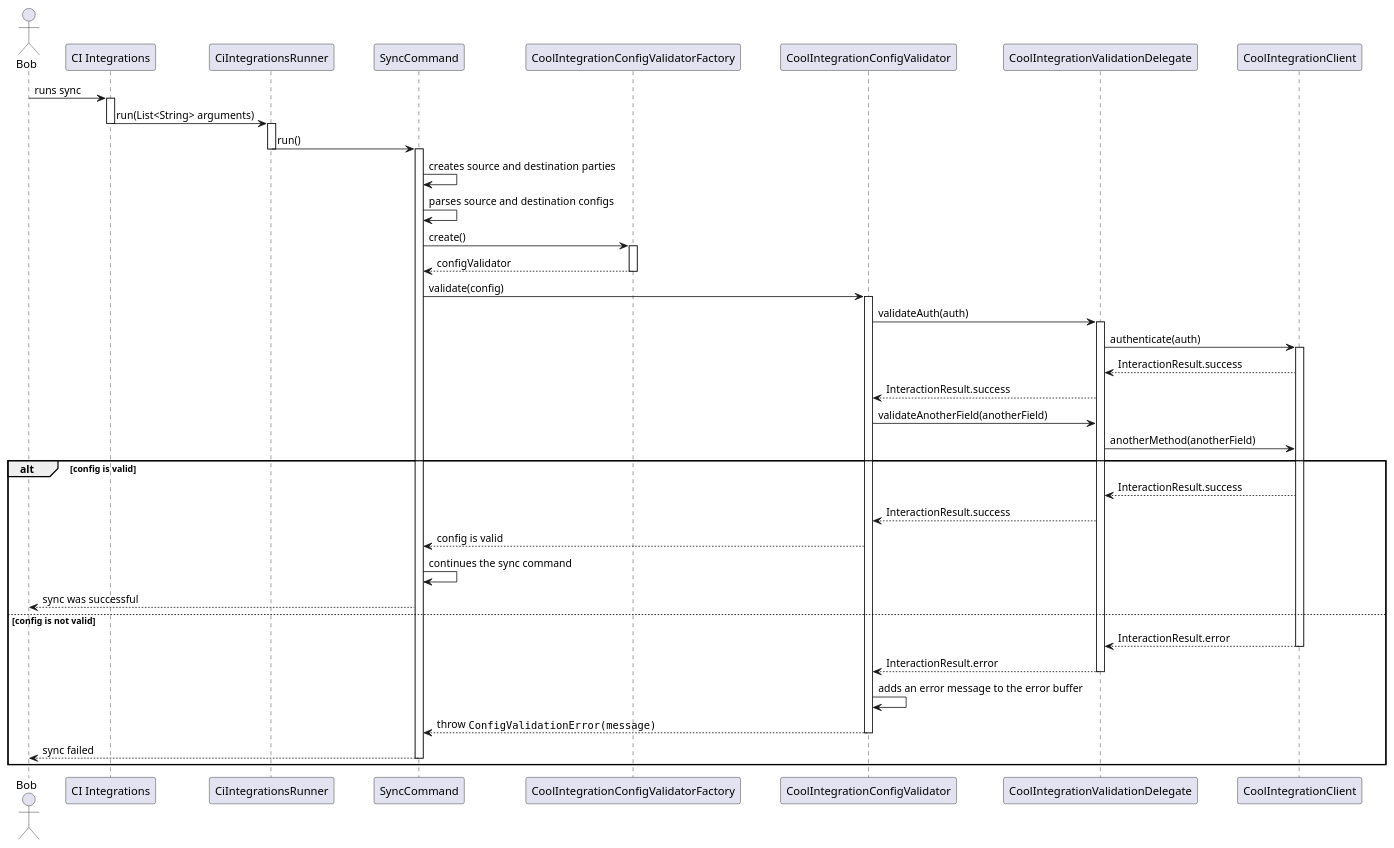
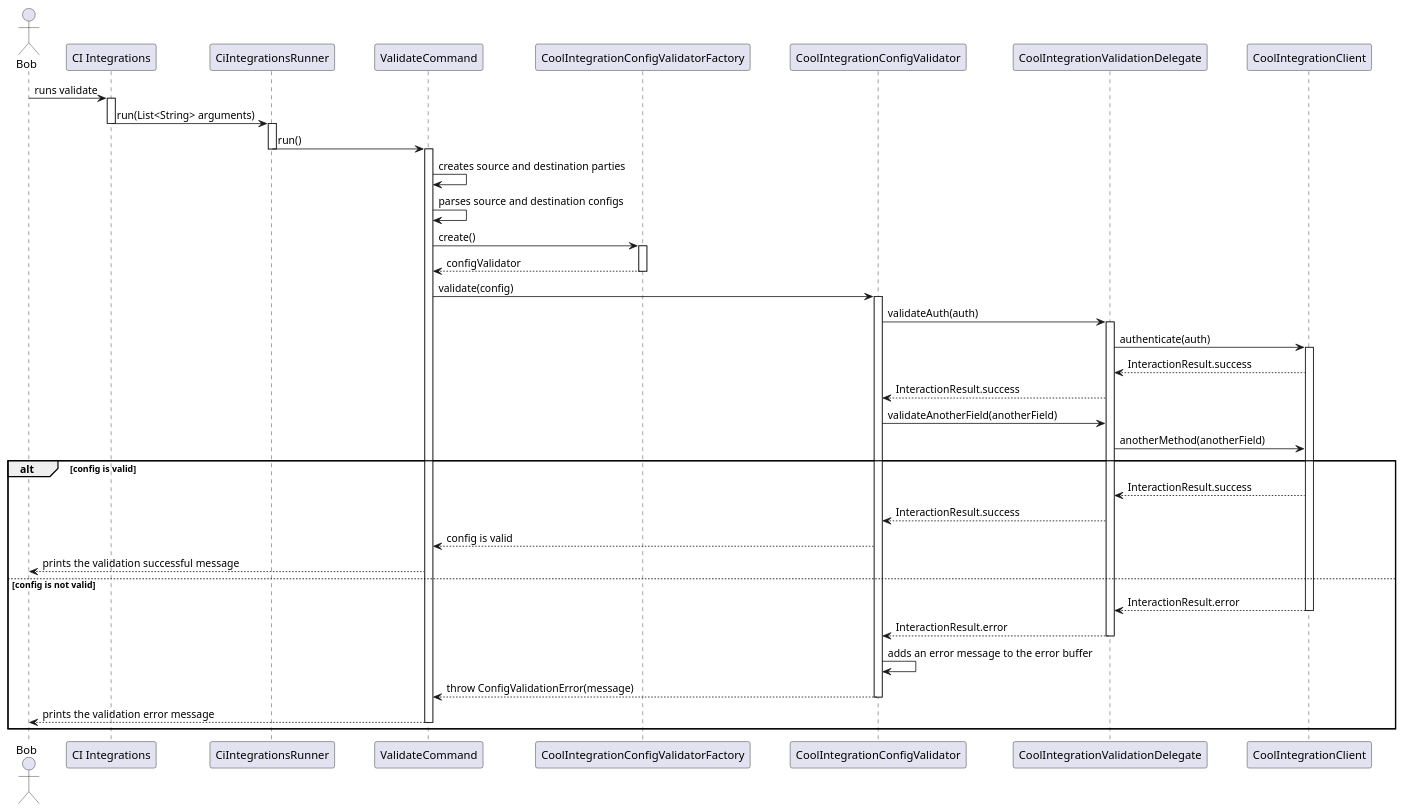
One commit to Flank/flank-dashboard changed the diagram in metrics/ci_integrations/docs/diagrams/ci_integrations_config_validator_sequence_diagram.puml. Above: the diagram before and after it, drawn with PlantUML. The commit also changed 2 other files, not shown here.

Commit message:
docs: Update Ci integrations config validator doc with `validate` command (#1047)
* [WIP] Update documentation for validate command

* Fix typos

* Improve documentation

* Fix typo

* Update class diagram

* Update link

* Update layout

* Minor improvements

* Update diagram. Improve documentation

* Minor fixes

* Update diagram

* Change links to master

```diff
--- a/metrics/ci_integrations/docs/diagrams/ci_integrations_config_validator_sequence_diagram.puml
+++ b/metrics/ci_integrations/docs/diagrams/ci_integrations_config_validator_sequence_diagram.puml
@@ -1,78 +1,77 @@
 @startuml ci_integrations_config_validator_sequence_diagram
 
 skinparam ParticipantPadding 20
 skinparam BoxPadding 10
 
 actor Bob
 
 participant "CI Integrations"
 participant CiIntegrationsRunner
-participant SyncCommand
+participant ValidateCommand
 participant CoolIntegrationConfigValidatorFactory
 participant CoolIntegrationConfigValidator
 participant CoolIntegrationValidationDelegate
 participant CoolIntegrationClient
 
-Bob -> "CI Integrations" : runs sync
+Bob -> "CI Integrations" : runs validate
 activate "CI Integrations"
 
 "CI Integrations" -> CiIntegrationsRunner: run(List<String> arguments)
 deactivate "CI Integrations"
 activate CiIntegrationsRunner
 
-CiIntegrationsRunner -> SyncCommand: run()
+CiIntegrationsRunner -> ValidateCommand: run()
 deactivate CiIntegrationsRunner
-activate SyncCommand
+activate ValidateCommand
 
-SyncCommand -> SyncCommand : creates source and destination parties
-SyncCommand -> SyncCommand : parses source and destination configs
+ValidateCommand -> ValidateCommand : creates source and destination parties
+ValidateCommand -> ValidateCommand : parses source and destination configs
 
-SyncCommand -> CoolIntegrationConfigValidatorFactory : create()
+ValidateCommand -> CoolIntegrationConfigValidatorFactory : create()
 activate CoolIntegrationConfigValidatorFactory
 
-CoolIntegrationConfigValidatorFactory --> SyncCommand : configValidator
+CoolIntegrationConfigValidatorFactory --> ValidateCommand : configValidator
 deactivate CoolIntegrationConfigValidatorFactory
 
-SyncCommand -> CoolIntegrationConfigValidator : validate(config)
+ValidateCommand -> CoolIntegrationConfigValidator : validate(config)
 activate CoolIntegrationConfigValidator
 
 CoolIntegrationConfigValidator -> CoolIntegrationValidationDelegate : validateAuth(auth)
 activate CoolIntegrationValidationDelegate
 
 CoolIntegrationValidationDelegate -> CoolIntegrationClient : authenticate(auth)
 activate  CoolIntegrationClient
 
 CoolIntegrationClient --> CoolIntegrationValidationDelegate : InteractionResult.success
 CoolIntegrationValidationDelegate --> CoolIntegrationConfigValidator : InteractionResult.success
 
 CoolIntegrationConfigValidator -> CoolIntegrationValidationDelegate : validateAnotherField(anotherField)
 CoolIntegrationValidationDelegate -> CoolIntegrationClient : anotherMethod(anotherField)
 
 alt config is valid
 
     CoolIntegrationClient --> CoolIntegrationValidationDelegate : InteractionResult.success
     CoolIntegrationValidationDelegate --> CoolIntegrationConfigValidator : InteractionResult.success
 
-    CoolIntegrationConfigValidator --> SyncCommand : config is valid
-    SyncCommand -> SyncCommand : continues the sync command
-    SyncCommand --> Bob : sync was successful
+    CoolIntegrationConfigValidator --> ValidateCommand : config is valid
+    ValidateCommand --> Bob : prints the validation successful message
 
 else config is not valid
 
     CoolIntegrationClient --> CoolIntegrationValidationDelegate : InteractionResult.error
     deactivate CoolIntegrationClient
 
     CoolIntegrationValidationDelegate --> CoolIntegrationConfigValidator : InteractionResult.error
     deactivate CoolIntegrationValidationDelegate
 
     CoolIntegrationConfigValidator -> CoolIntegrationConfigValidator : adds an error message to the error buffer
 
-    CoolIntegrationConfigValidator --> SyncCommand : throw ""ConfigValidationError(message)""
+    CoolIntegrationConfigValidator --> ValidateCommand : throw ConfigValidationError(message)
     deactivate CoolIntegrationConfigValidator
 
-    SyncCommand --> Bob : sync failed
-    deactivate SyncCommand
+    ValidateCommand --> Bob : prints the validation error message
+    deactivate ValidateCommand
 
 end
 
 @enduml
```
